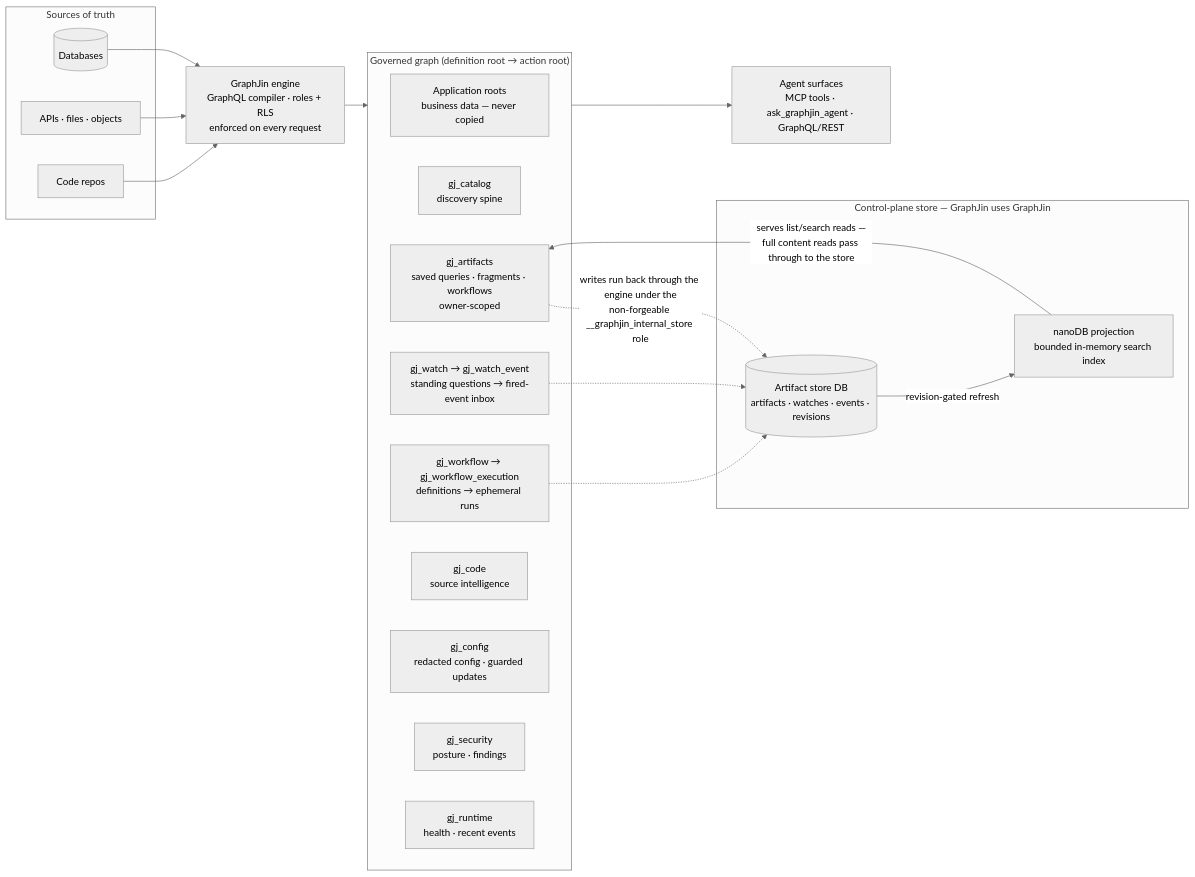
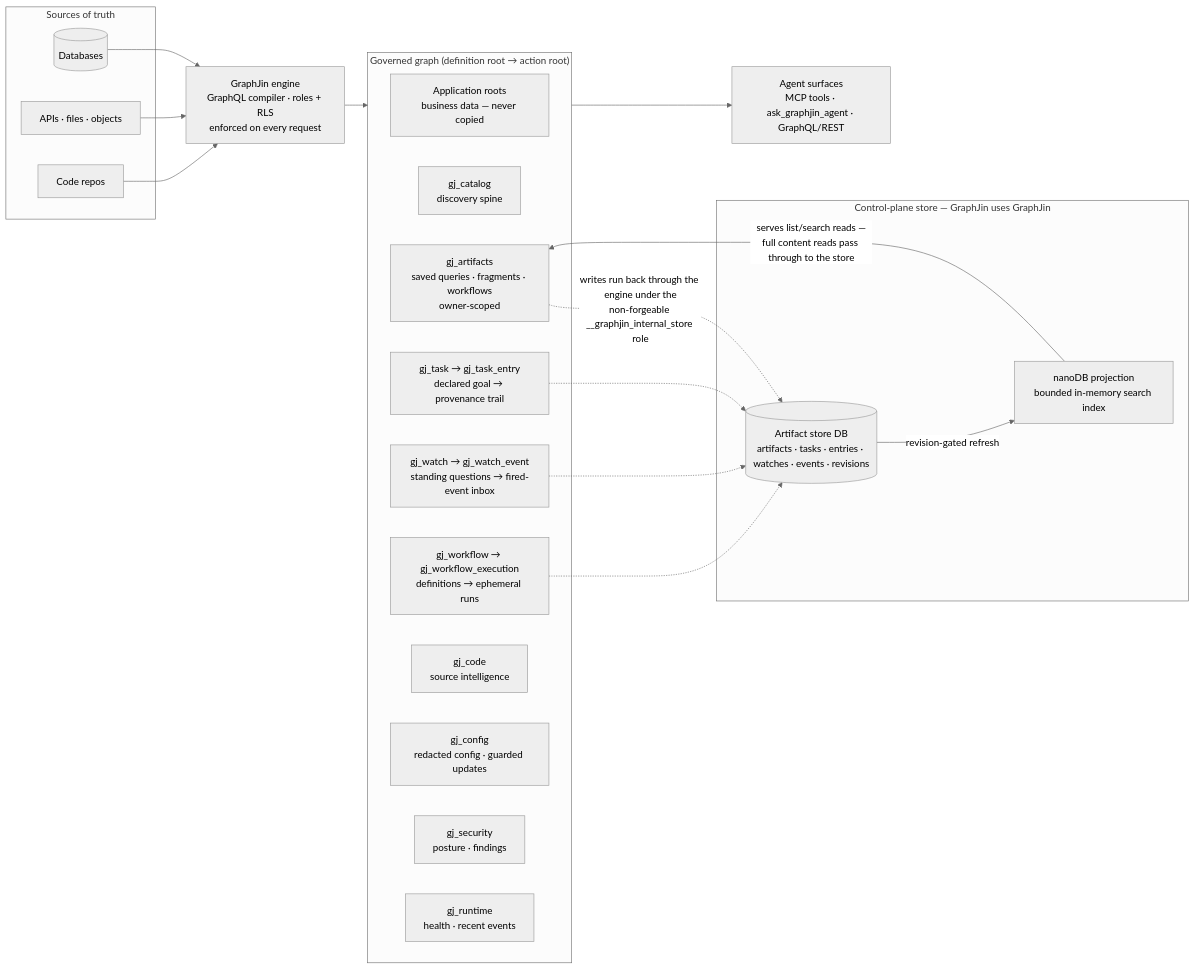
The diagram in graphjin/AGENTIC.md (dosco/graphjin), drawn with Mermaid (neutral theme) before and after one commit. The commit also changed other lines of this file and 54 other files, not shown here.

Commit message:
feat(agent): add durable declared tasks

````diff
--- a/graphjin/AGENTIC.md
+++ b/graphjin/AGENTIC.md
@@ -260,40 +266,42 @@
 ```mermaid
 flowchart LR
   subgraph SRC["Sources of truth"]
     DBS[("Databases")]
     EXT["APIs · files · objects"]
     REPO["Code repos"]
   end
 
   ENG["GraphJin engine<br/>GraphQL compiler · roles + RLS<br/>enforced on every request"]
 
   subgraph ROOTS["Governed graph (definition root → action root)"]
     APP["Application roots<br/>business data — never copied"]
     CAT["gj_catalog<br/>discovery spine"]
     ART["gj_artifacts<br/>saved queries · fragments · workflows<br/>owner-scoped"]
+    TSK["gj_task → gj_task_entry<br/>declared goal → provenance trail"]
     WCH["gj_watch → gj_watch_event<br/>standing questions → fired-event inbox"]
     WFL["gj_workflow → gj_workflow_execution<br/>definitions → ephemeral runs"]
     GCODE["gj_code<br/>source intelligence"]
     CFG["gj_config<br/>redacted config · guarded updates"]
     SEC["gj_security<br/>posture · findings"]
     RUN["gj_runtime<br/>health · recent events"]
   end
 
   subgraph CP["Control-plane store — GraphJin uses GraphJin"]
-    STORE[("Artifact store DB<br/>artifacts · watches · events · revisions")]
+    STORE[("Artifact store DB<br/>artifacts · tasks · entries · watches · events · revisions")]
     NANO["nanoDB projection<br/>bounded in-memory search index"]
   end
 
   AG["Agent surfaces<br/>MCP tools · ask_graphjin_agent · GraphQL/REST"]
 
   DBS --> ENG
   EXT --> ENG
   REPO --> ENG
   ENG --> ROOTS
   ROOTS --> AG
   ART -. "writes run back through the engine under the<br/>non-forgeable __graphjin_internal_store role" .-> STORE
+  TSK -.-> STORE
   WCH -.-> STORE
   WFL -.-> STORE
   STORE -- "revision-gated refresh" --> NANO
   NANO -- "serves list/search reads —<br/>full content reads pass through to the store" --> ART
 ```
````
